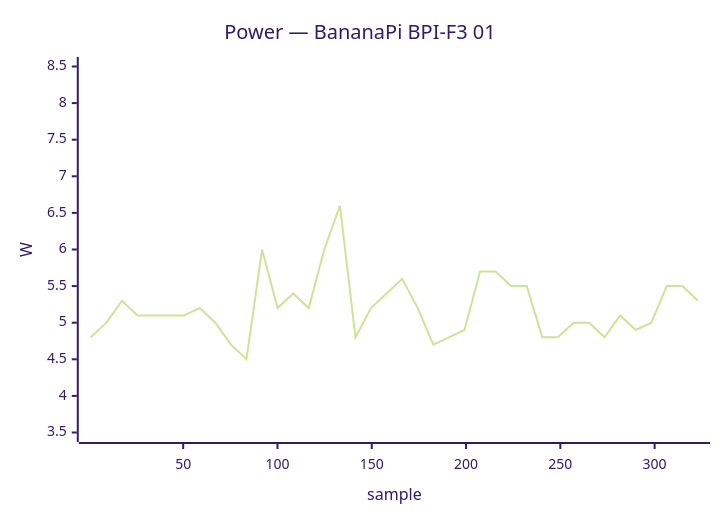
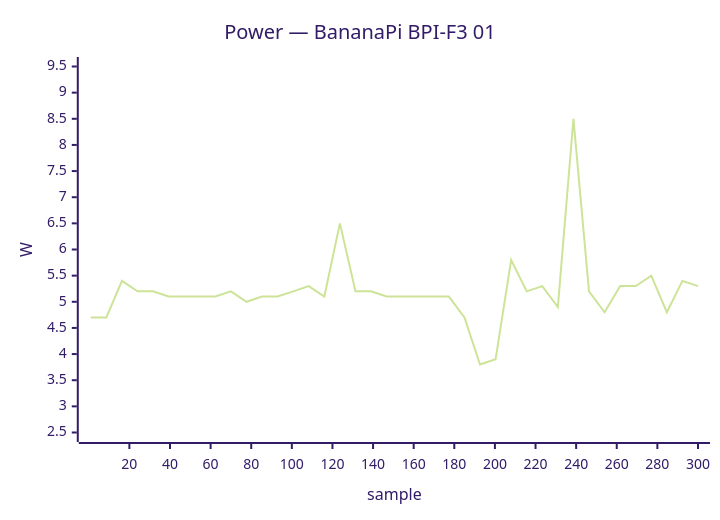
One commit to armbian/documentation changed the tenth of 48 diagrams in docs/status/board-tests.md. Above: the diagram before and after it, drawn with Mermaid (forest theme). The commit also changed other lines of this file, not shown here.

````diff
--- a/docs/status/board-tests.md
+++ b/docs/status/board-tests.md
@@ -379,7 +492,7 @@
 ```mermaid
 xychart-beta
     title "Power — BananaPi BPI-F3 01"
-    x-axis "sample" 1 --> 323
-    y-axis "W" 3.5 --> 8.5
-    line [4.8, 5.0, 5.3, 5.1, 5.1, 5.1, 5.1, 5.2, 5.0, 4.7, 4.5, 6.0, 5.2, 5.4, 5.2, 6.0, 6.6, 4.8, 5.2, 5.4, 5.6, 5.2, 4.7, 4.8, 4.9, 5.7, 5.7, 5.5, 5.5, 4.8, 4.8, 5.0, 5.0, 4.8, 5.1, 4.9, 5.0, 5.5, 5.5, 5.3]
+    x-axis "sample" 1 --> 300
+    y-axis "W" 2.5 --> 9.5
+    line [4.7, 4.7, 5.4, 5.2, 5.2, 5.1, 5.1, 5.1, 5.1, 5.2, 5.0, 5.1, 5.1, 5.2, 5.3, 5.1, 6.5, 5.2, 5.2, 5.1, 5.1, 5.1, 5.1, 5.1, 4.7, 3.8, 3.9, 5.8, 5.2, 5.3, 4.9, 8.5, 5.2, 4.8, 5.3, 5.3, 5.5, 4.8, 5.4, 5.3]
 ```
````
